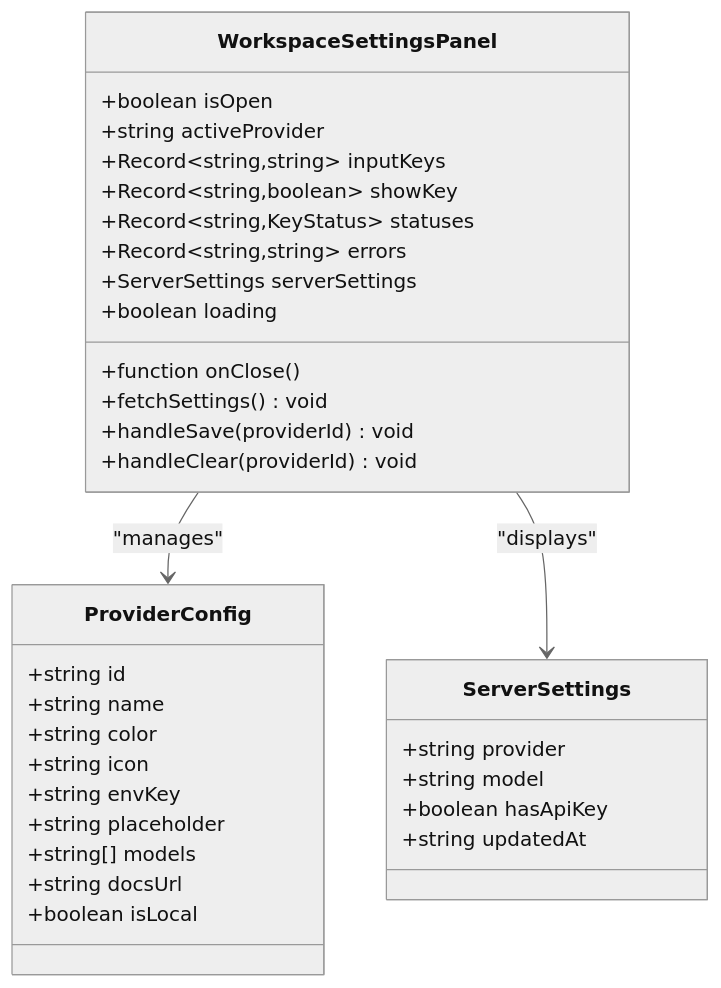
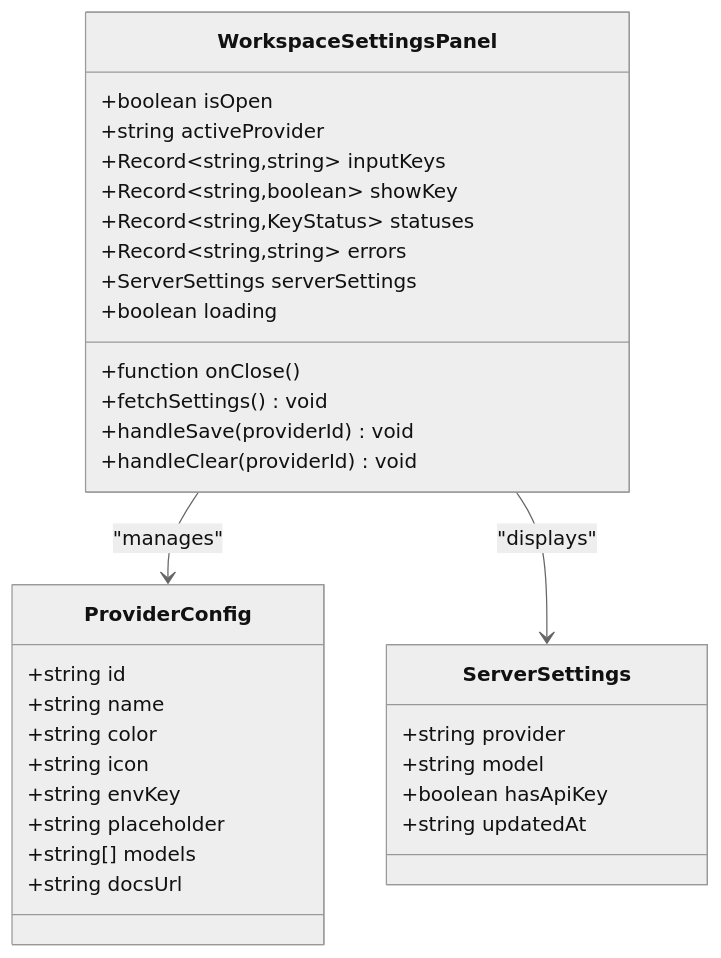
One commit to shekhargiri005-dotcom/AI-powered-accessibility-first-UI-engine changed the second of 8 diagrams in .qoder/repowiki/en/content/Workspace Settings Panel.md. Above: the diagram before and after it, drawn with Mermaid (neutral theme). The commit also changed other lines of this file and 6 other files, not shown here.

First line of the commit message:
fix: VersionTimeline visibility and reduce inactivity timeout to 15min

````diff
--- a/.qoder/repowiki/en/content/Workspace Settings Panel.md
+++ b/.qoder/repowiki/en/content/Workspace Settings Panel.md
@@ -78,36 +86,35 @@
 ```mermaid
 classDiagram
 class WorkspaceSettingsPanel {
 +boolean isOpen
 +function onClose()
 +string activeProvider
 +Record~string,string~ inputKeys
 +Record~string,boolean~ showKey
 +Record~string,KeyStatus~ statuses
 +Record~string,string~ errors
 +ServerSettings serverSettings
 +boolean loading
 +fetchSettings() void
 +handleSave(providerId) void
 +handleClear(providerId) void
 }
 class ProviderConfig {
 +string id
 +string name
 +string color
 +string icon
 +string envKey
 +string placeholder
 +string[] models
 +string docsUrl
-+boolean isLocal
 }
 class ServerSettings {
 +string provider
 +string model
 +boolean hasApiKey
 +string updatedAt
 }
 WorkspaceSettingsPanel --> ProviderConfig : "manages"
 WorkspaceSettingsPanel --> ServerSettings : "displays"
 ```
````
